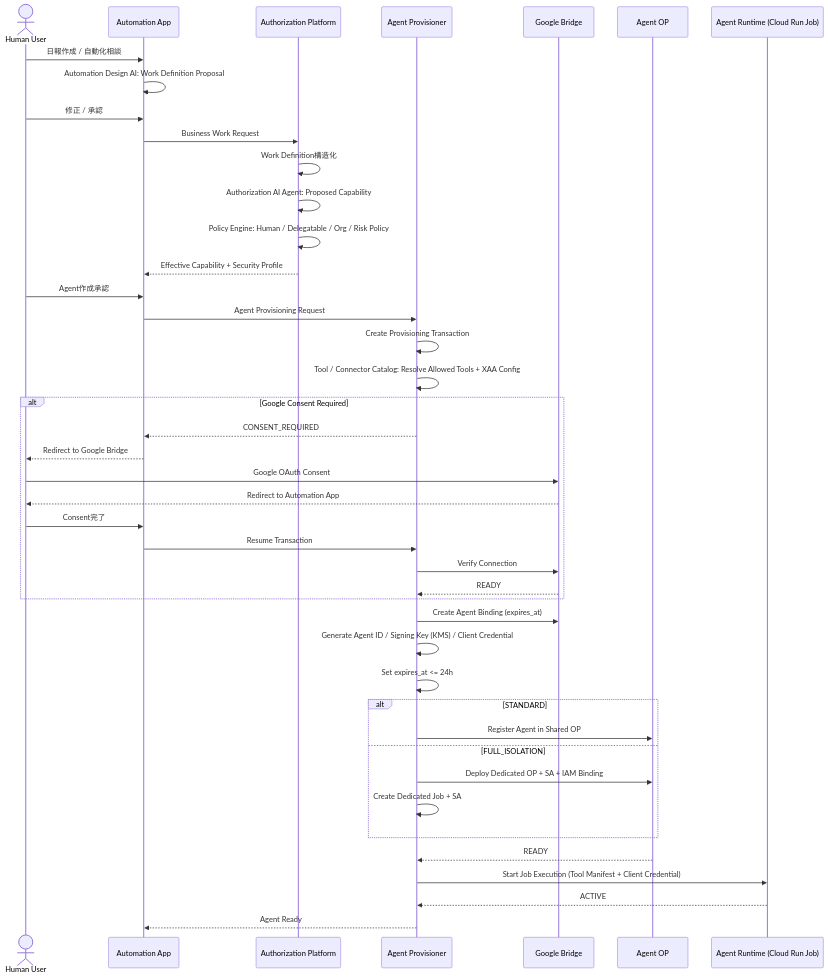
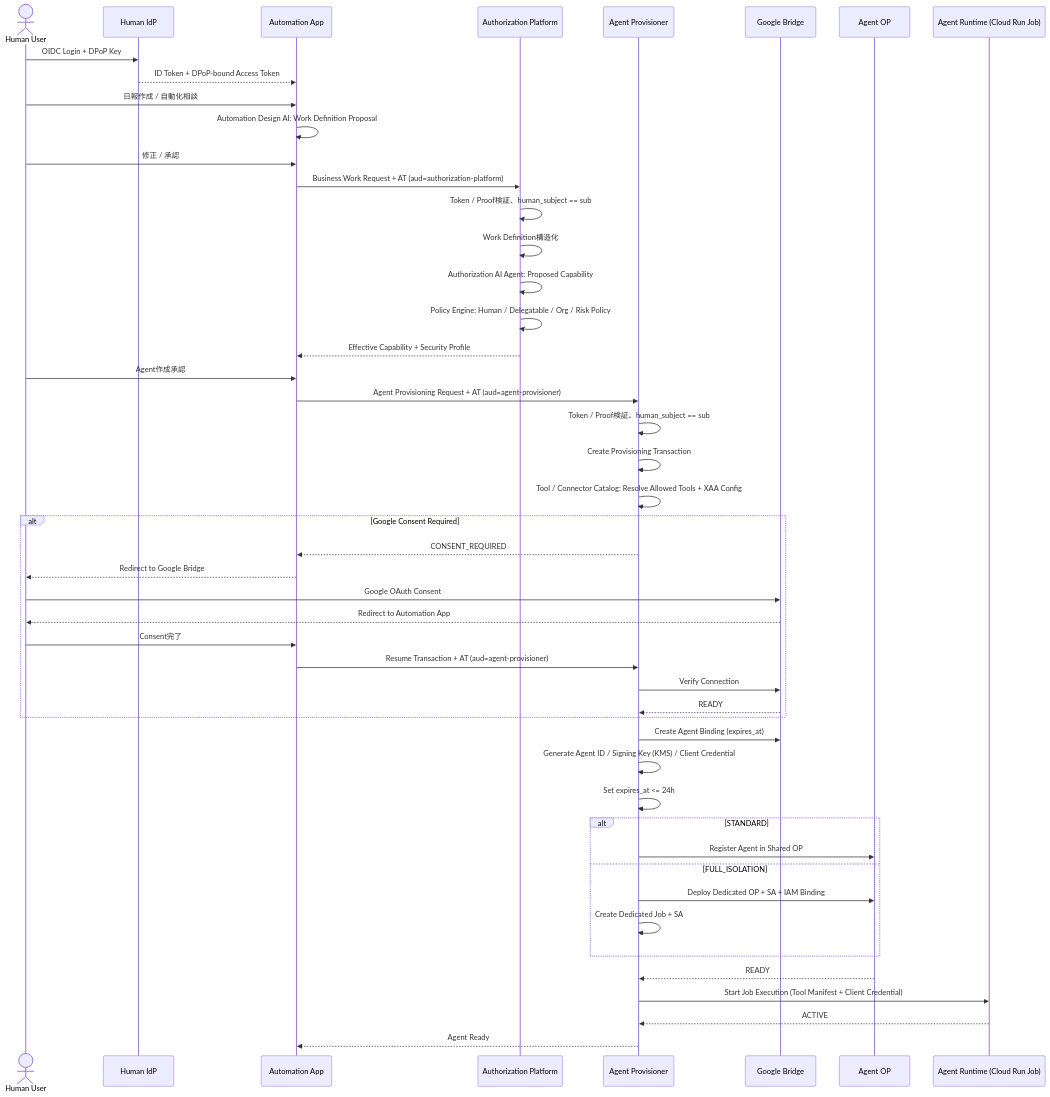
One commit to maronnjapan/agent-xaa-platform changed the first of 2 diagrams in docs/07-lifecycle.md. Above: the diagram before and after it, drawn with Mermaid. The commit also changed other lines of this file and 6 other files, not shown here.

````diff
--- a/docs/07-lifecycle.md
+++ b/docs/07-lifecycle.md
@@ -67,46 +69,51 @@
 ```mermaid
 sequenceDiagram
     actor U as Human User
+    participant HIDP as Human IdP
     participant AUTO as Automation App
     participant AUTHZ as Authorization Platform
     participant PROV as Agent Provisioner
     participant GB as Google Bridge
     participant OP as Agent OP
     participant RUN as Agent Runtime (Cloud Run Job)
 
+    U->>HIDP: OIDC Login + DPoP Key
+    HIDP-->>AUTO: ID Token + DPoP-bound Access Token
     U->>AUTO: 日報作成 / 自動化相談
     AUTO->>AUTO: Automation Design AI: Work Definition Proposal
     U->>AUTO: 修正 / 承認
-    AUTO->>AUTHZ: Business Work Request
+    AUTO->>AUTHZ: Business Work Request + AT (aud=authorization-platform)
+    AUTHZ->>AUTHZ: Token / Proof検証、human_subject == sub
     AUTHZ->>AUTHZ: Work Definition構造化
     AUTHZ->>AUTHZ: Authorization AI Agent: Proposed Capability
     AUTHZ->>AUTHZ: Policy Engine: Human / Delegatable / Org / Risk Policy
     AUTHZ-->>AUTO: Effective Capability + Security Profile
     U->>AUTO: Agent作成承認
-    AUTO->>PROV: Agent Provisioning Request
+    AUTO->>PROV: Agent Provisioning Request + AT (aud=agent-provisioner)
+    PROV->>PROV: Token / Proof検証、human_subject == sub
     PROV->>PROV: Create Provisioning Transaction
     PROV->>PROV: Tool / Connector Catalog: Resolve Allowed Tools + XAA Config
     alt Google Consent Required
         PROV-->>AUTO: CONSENT_REQUIRED
         AUTO-->>U: Redirect to Google Bridge
         U->>GB: Google OAuth Consent
         GB-->>U: Redirect to Automation App
         U->>AUTO: Consent完了
-        AUTO->>PROV: Resume Transaction
+        AUTO->>PROV: Resume Transaction + AT (aud=agent-provisioner)
         PROV->>GB: Verify Connection
         GB-->>PROV: READY
     end
     PROV->>GB: Create Agent Binding (expires_at)
     PROV->>PROV: Generate Agent ID / Signing Key (KMS) / Client Credential
     PROV->>PROV: Set expires_at <= 24h
     alt STANDARD
         PROV->>OP: Register Agent in Shared OP
     else FULL_ISOLATION
         PROV->>OP: Deploy Dedicated OP + SA + IAM Binding
         PROV->>PROV: Create Dedicated Job + SA
     end
     OP-->>PROV: READY
     PROV->>RUN: Start Job Execution (Tool Manifest + Client Credential)
     RUN-->>PROV: ACTIVE
     PROV-->>AUTO: Agent Ready
 ```
````
